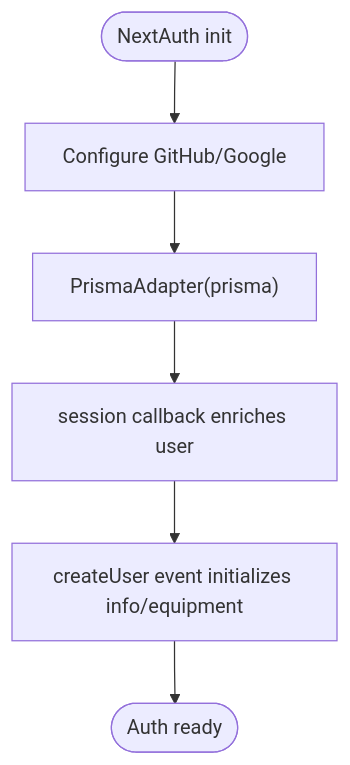
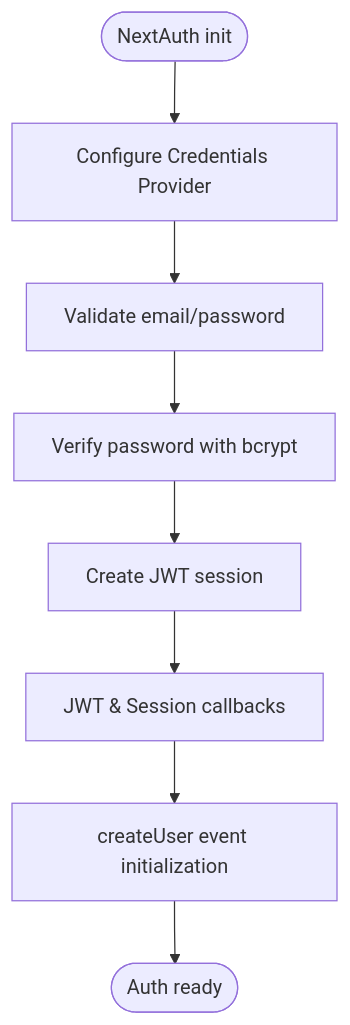
Before and after one commit to Dezzpil/meingym: the third of 8 diagrams in .qoder/repowiki/en/content/Authentication and Authorization.md, drawn with Mermaid. The commit also changed other lines of this file and 5 other files, not shown here.

````diff
--- a/.qoder/repowiki/en/content/Authentication and Authorization.md
+++ b/.qoder/repowiki/en/content/Authentication and Authorization.md
@@ -136,8 +172,10 @@
 ```mermaid
 flowchart TD
-Start(["NextAuth init"]) --> Providers["Configure GitHub/Google"]
-Providers --> Adapter["PrismaAdapter(prisma)"]
-Adapter --> Callback["session callback enriches user"]
-Callback --> Events["createUser event initializes info/equipment"]
+Start(["NextAuth init"]) --> Config["Configure Credentials Provider"]
+Config --> Validate["Validate email/password"]
+Validate --> HashCheck["Verify password with bcrypt"]
+HashCheck --> Session["Create JWT session"]
+Session --> Callbacks["JWT & Session callbacks"]
+Callbacks --> Events["createUser event initialization"]
 Events --> Ready(["Auth ready"])
 ```
````
